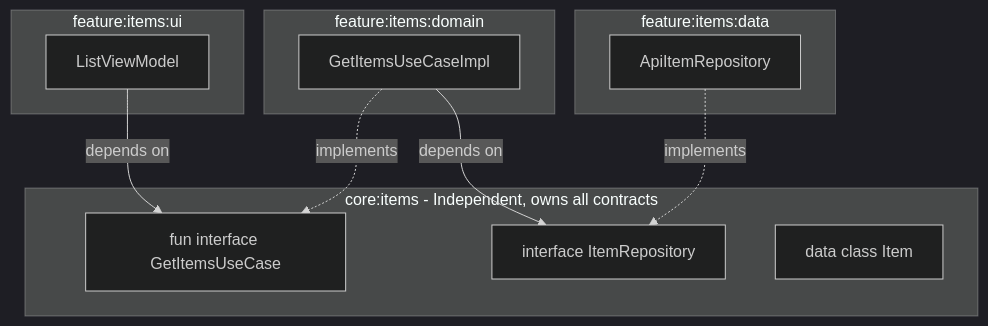
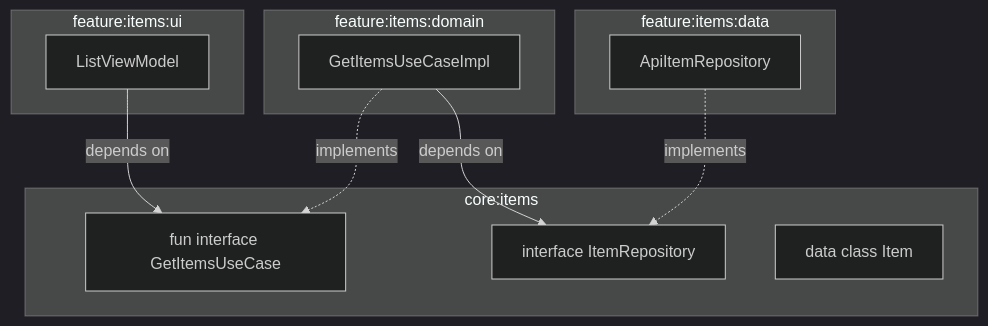
The sixth of 10 diagrams in README.md (Ashanen/Castociasto), drawn with Mermaid (dark theme) before and after one commit. The commit also changed other lines of this file, not shown here.

````diff
--- a/README.md
+++ b/README.md
@@ -331,25 +334,25 @@
 ```mermaid
 graph TB
     subgraph "feature:items:ui"
         LVM[ListViewModel]
     end
 
     subgraph "feature:items:domain"
         GIUI[GetItemsUseCaseImpl]
     end
 
     subgraph "feature:items:data"
         AIR[ApiItemRepository]
     end
 
-    subgraph "core:items - Independent, owns all contracts"
+    subgraph "core:items"
         GIU[fun interface GetItemsUseCase]
         IR[interface ItemRepository]
         IM[data class Item]
     end
 
     LVM -->|depends on| GIU
     GIUI -.->|implements| GIU
     GIUI -->|depends on| IR
     AIR -.->|implements| IR
 ```
````
